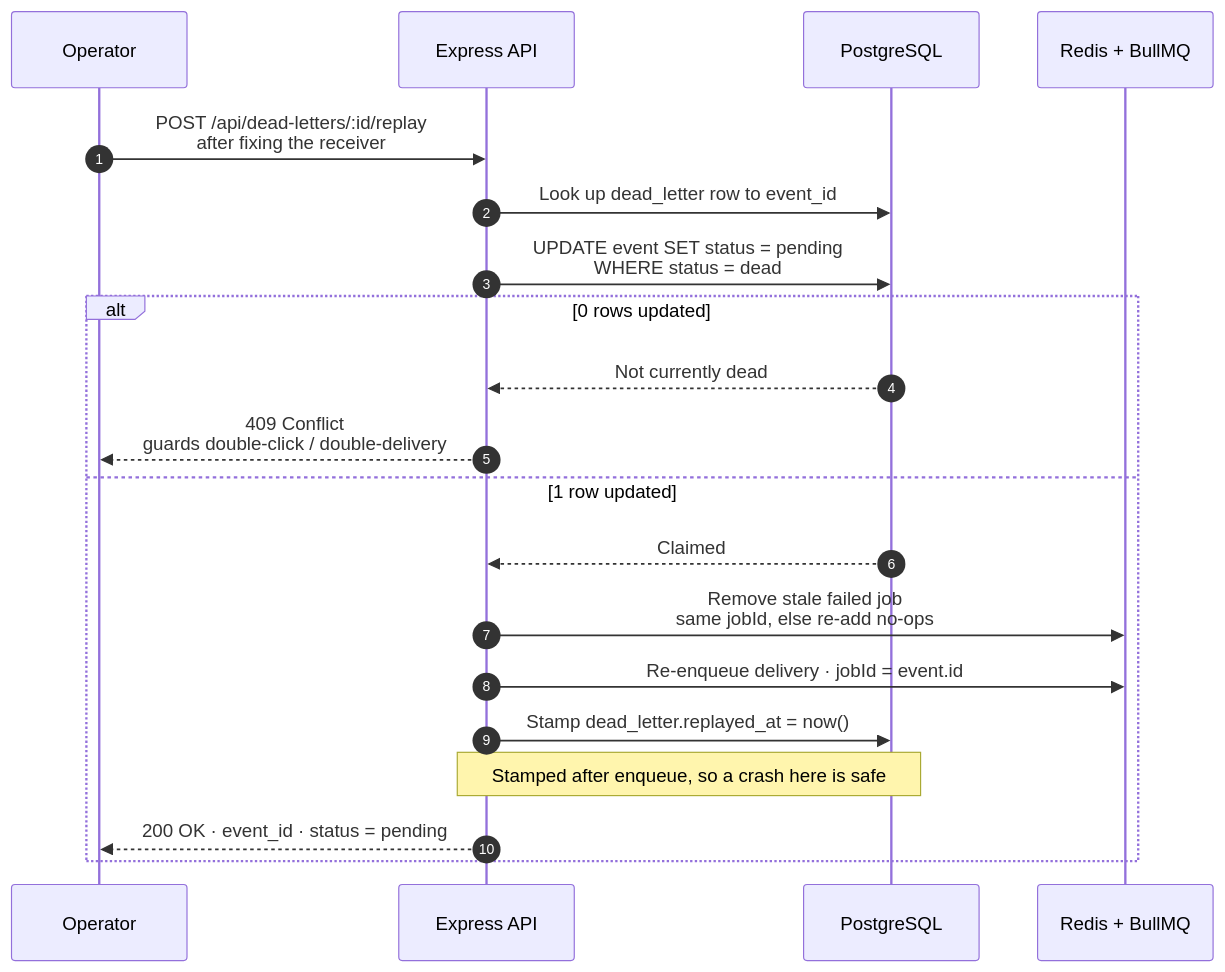
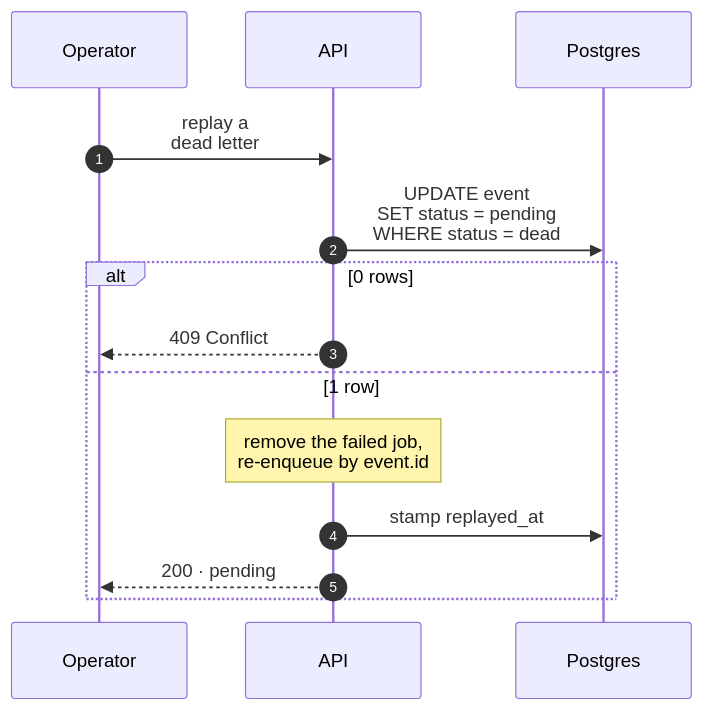
The sixth of 6 diagrams in _posts/blogs/2026-09-08-webhook-delivery-engine.md (rishabh0111/rishabh0111.github.io), drawn with Mermaid before and after one commit. The commit also changed other lines of this file, not shown here.

First line of the commit message:
blog(webhook-delivery-engine): phone-sized diagrams

````diff
--- a/_posts/blogs/2026-09-08-webhook-delivery-engine.md
+++ b/_posts/blogs/2026-09-08-webhook-delivery-engine.md
@@ -351,22 +333,16 @@
 ```mermaid
 sequenceDiagram
     autonumber
     participant O as Operator
-    participant A as Express API
-    participant DB as PostgreSQL
-    participant Q as Redis + BullMQ
-    O->>A: POST /api/dead-letters/:id/replay<br/>after fixing the receiver
-    A->>DB: Look up dead_letter row to event_id
-    A->>DB: UPDATE event SET status = pending<br/>WHERE status = dead
-    alt 0 rows updated
-        DB-->>A: Not currently dead
-        A-->>O: 409 Conflict<br/>guards double-click / double-delivery
-    else 1 row updated
-        DB-->>A: Claimed
-        A->>Q: Remove stale failed job<br/>same jobId, else re-add no-ops
-        A->>Q: Re-enqueue delivery · jobId = event.id
-        A->>DB: Stamp dead_letter.replayed_at = now()
-        Note over A,DB: Stamped after enqueue, so a crash here is safe
-        A-->>O: 200 OK · event_id · status = pending
+    participant A as API
+    participant DB as Postgres
+    O->>A: replay a<br/>dead letter
+    A->>DB: UPDATE event<br/>SET status = pending<br/>WHERE status = dead
+    alt 0 rows
+        A-->>O: 409 Conflict
+    else 1 row
+        Note over A: remove the failed job,<br/>re-enqueue by event.id
+        A->>DB: stamp replayed_at
+        A-->>O: 200 · pending
     end
 ```
````
